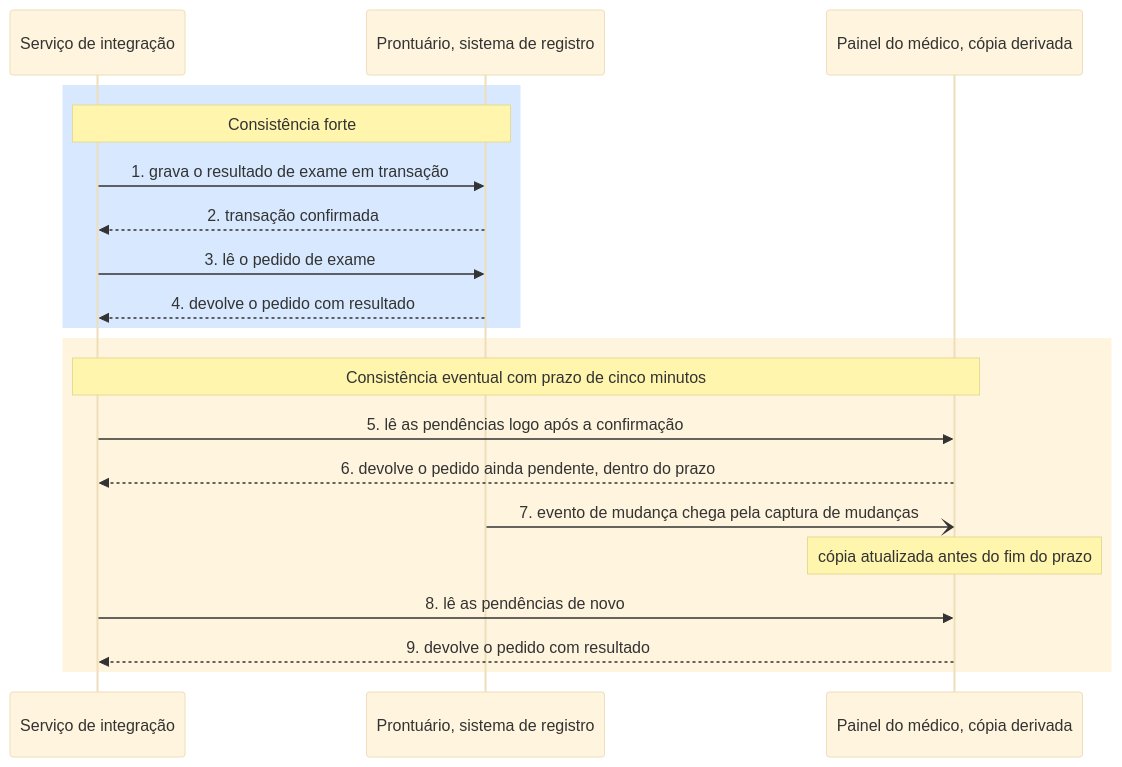
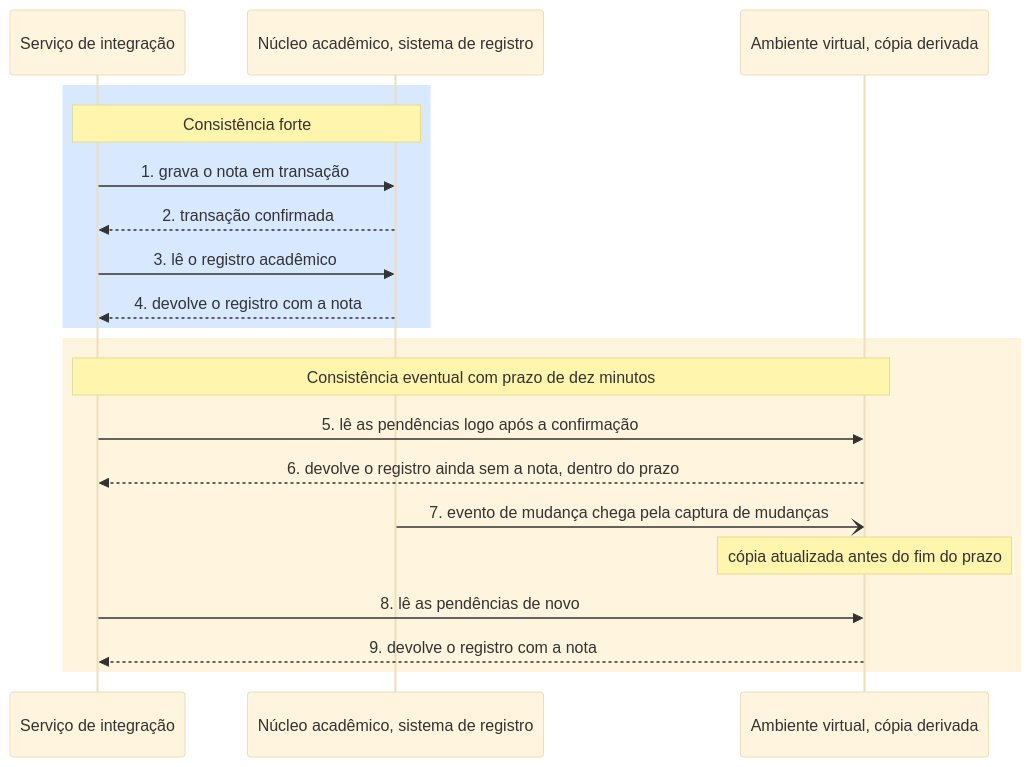
Before and after one commit to aulas-marco/projeto-arquitetura-software: the second of 6 diagrams in docs/modulo-4-dominios-da-solucao/bloco-2-arquitetura-de-dados.md, drawn with Mermaid (base theme). The commit also changed other lines of this file and 47 other files, not shown here.

Commit message:
wip(revisao): revisao pedagogica da linguagem do Codex, Aulas 1 e 2 e auditoria, ainda sem passar nos testes

````diff
--- a/docs/modulo-4-dominios-da-solucao/bloco-2-arquitetura-de-dados.md
+++ b/docs/modulo-4-dominios-da-solucao/bloco-2-arquitetura-de-dados.md
@@ -98,22 +109,22 @@
 ```mermaid
 sequenceDiagram
     participant AP as Serviço de integração
-    participant SR as Prontuário, sistema de registro
-    participant CD as Painel do médico, cópia derivada
+    participant SR as Núcleo acadêmico, sistema de registro
+    participant CD as Ambiente virtual, cópia derivada
     rect rgb(216, 233, 255)
     Note over AP,SR: Consistência forte
-    AP->>SR: 1. grava o resultado de exame em transação
+    AP->>SR: 1. grava o nota em transação
     SR-->>AP: 2. transação confirmada
-    AP->>SR: 3. lê o pedido de exame
-    SR-->>AP: 4. devolve o pedido com resultado
+    AP->>SR: 3. lê o registro acadêmico
+    SR-->>AP: 4. devolve o registro com a nota
     end
     rect rgb(255, 244, 221)
-    Note over AP,CD: Consistência eventual com prazo de cinco minutos
+    Note over AP,CD: Consistência eventual com prazo de dez minutos
     AP->>CD: 5. lê as pendências logo após a confirmação
-    CD-->>AP: 6. devolve o pedido ainda pendente, dentro do prazo
+    CD-->>AP: 6. devolve o registro ainda sem a nota, dentro do prazo
     SR-)CD: 7. evento de mudança chega pela captura de mudanças
     Note over CD: cópia atualizada antes do fim do prazo
     AP->>CD: 8. lê as pendências de novo
-    CD-->>AP: 9. devolve o pedido com resultado
+    CD-->>AP: 9. devolve o registro com a nota
     end
 ```
````
